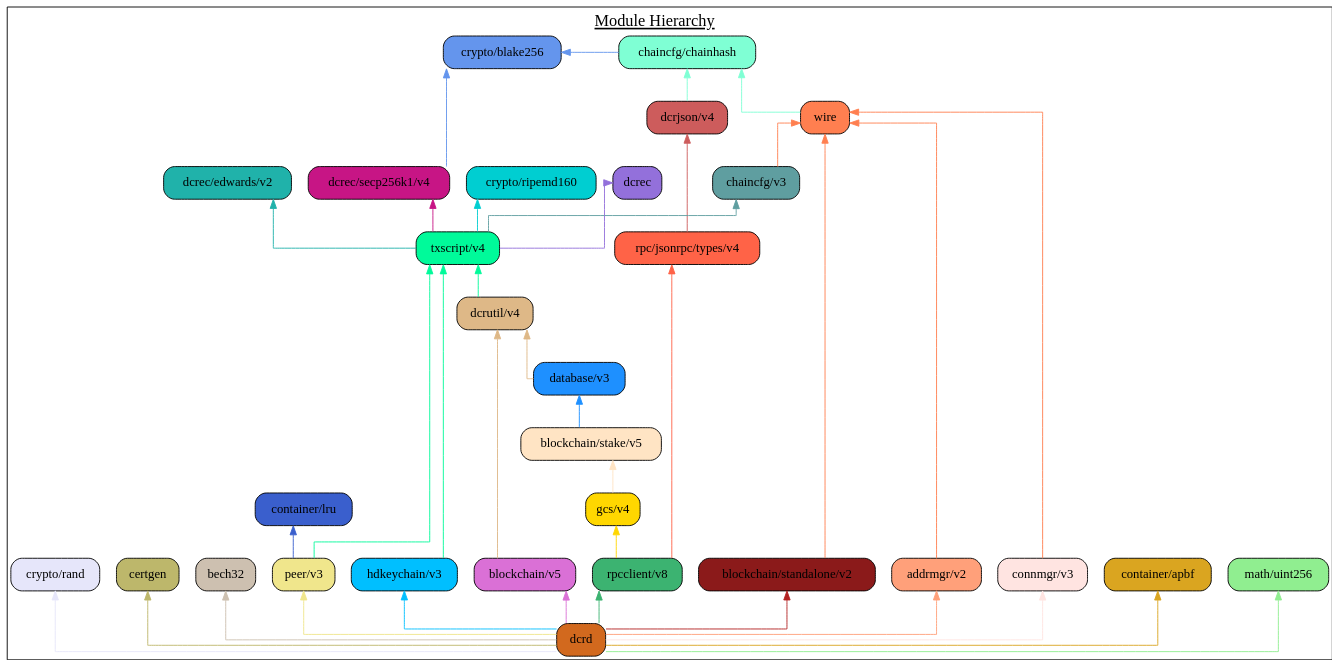
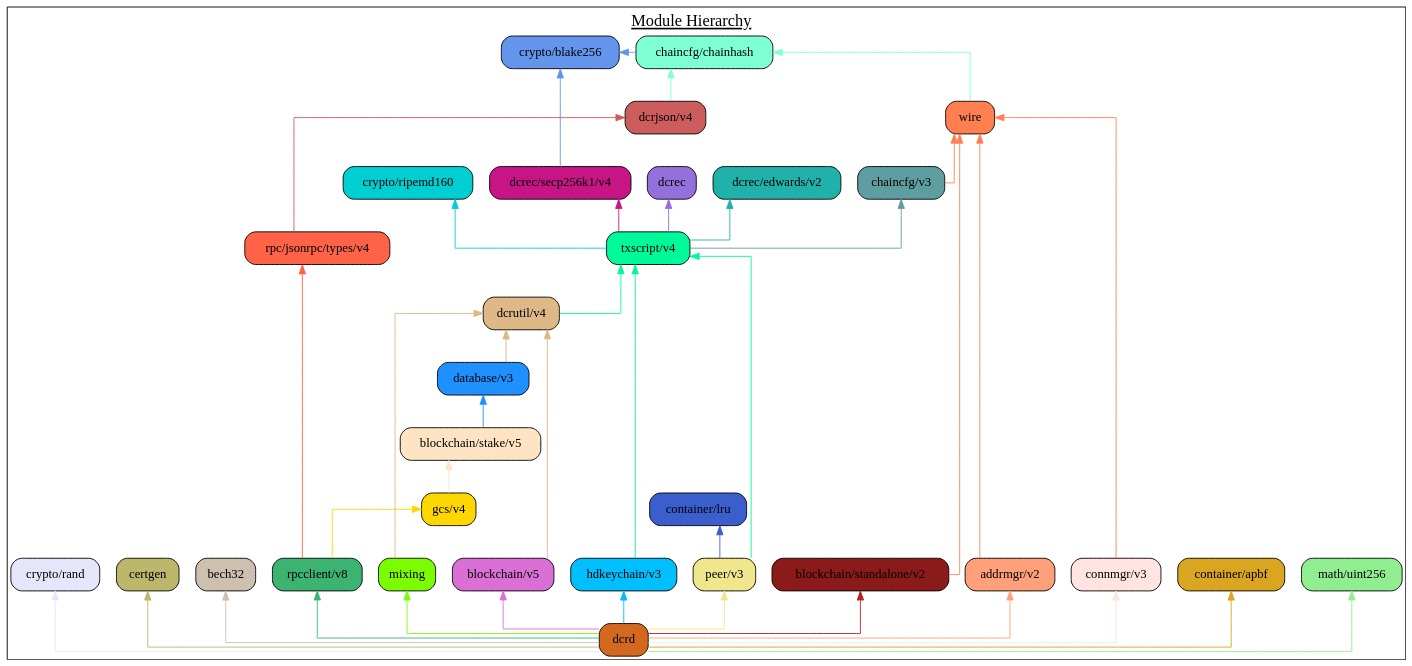
Before and after one commit to decred/dcrd: the diagram in docs/assets/module_hierarchy.gv, drawn with Graphviz. The commit also changed 2 other files, not shown here.

Commit message:
docs: Update for mixing module.
This updates the docs/README.md file, module hierarchy graphviz, and
module hierarchy diagram to reflect the new mixing module.

```diff
--- a/docs/assets/module_hierarchy.gv
+++ b/docs/assets/module_hierarchy.gv
@@ -1,80 +1,83 @@
 digraph {
 	graph [splines=ortho colorscheme=svg label=<<u>Module Hierarchy</u>> labelloc=t fontsize=18.0]
 	node [shape=box style="filled, rounded" margin=0.1]
 
 	blake256 [label="crypto/blake256" fillcolor=cornflowerblue]
 	ripemd160 [label="crypto/ripemd160" fillcolor=darkturquoise]
 	rand [label="crypto/rand" fillcolor=lavender]
 	certgen [label="certgen" fillcolor=darkkhaki]
 	bech32 [label="bech32" fillcolor=antiquewhite3]
 	chainhash [label="chaincfg/chainhash" fillcolor=aquamarine]
 	dcrjson [label="dcrjson/v4" fillcolor=indianred]
 	types [label="rpc/jsonrpc/types/v4" fillcolor=tomato]
 	wire [label="wire" fillcolor=coral]
 	chaincfg [label="chaincfg/v3" fillcolor=cadetblue]
 	dcrec [label="dcrec" fillcolor=mediumpurple]
 	edwards [label="dcrec/edwards/v2" fillcolor=lightseagreen]
 	secp256k1 [label="dcrec/secp256k1/v4" fillcolor=mediumvioletred]
 	dcrutil [label="dcrutil/v4" fillcolor=burlywood]
+	mixing [label="mixing" fillcolor=lawngreen]
 	database [label="database/v3" fillcolor=dodgerblue]
 	hdkeychain [label="hdkeychain/v3" fillcolor=deepskyblue]
 	txscript [label="txscript/v4" fillcolor=mediumspringgreen]
 	stake [label="blockchain/stake/v5" fillcolor=bisque]
 	gcs [label="gcs/v4" fillcolor=gold]
 	standalone [label="blockchain/standalone/v2" fillcolor=firebrick4]
 	lru [label="container/lru" fillcolor=royalblue3]
 	peer [label="peer/v3" fillcolor=khaki]
 	rpcclient [label="rpcclient/v8" fillcolor=mediumseagreen]
 	addrmgr [label="addrmgr/v2" fillcolor=lightsalmon]
 	connmgr [label="connmgr/v3" fillcolor=mistyrose]
 	blockchain [label="blockchain/v5" fillcolor=orchid]
 	apbf [label="container/apbf" fillcolor=goldenrod]
 	uint256  [label="math/uint256" fillcolor=lightgreen]
 	dcrd [label="dcrd" fillcolor=chocolate]
 
 	{rank=same blake256 chainhash}
 	{rank=same dcrec secp256k1}
-	{rank=same certgen bech32 apbf uint256}
+	{rank=same certgen bech32 apbf uint256 mixing}
 	{rank=same addrmgr connmgr hdkeychain peer blockchain standalone rpcclient}
 
 	certgen
 	bech32
 	blake256 -> chainhash [dir=back color=cornflowerblue]
 	blake256 -> secp256k1 [dir=back color=cornflowerblue]
 	chaincfg -> txscript [dir=back color=cadetblue]
 	chainhash -> dcrjson [dir=back color=aquamarine]
 	chainhash -> wire [dir=back color=aquamarine]
 	wire -> addrmgr [dir=back color=coral]
 	wire -> chaincfg [dir=back color=coral]
 	wire -> connmgr [dir=back color=coral]
 	wire -> standalone [dir=back color=coral]
 	ripemd160 -> txscript [dir=back color=darkturquoise]
 	dcrec -> txscript [dir=back color=mediumpurple]
 	edwards -> txscript [dir=back color=lightseagreen]
 	secp256k1 -> txscript [dir=back color=mediumvioletred]
 	txscript -> dcrutil [dir=back color=mediumspringgreen]
 	txscript -> hdkeychain [dir=back color=mediumspringgreen]
 	txscript -> peer [dir=back color=mediumspringgreen]
 	dcrutil -> blockchain [dir=back color=burlywood]
 	dcrutil -> database [dir=back color=burlywood]
+	dcrutil -> mixing [dir=back color=burlywood]
 	database -> stake [dir=back color=dodgerblue]
 	stake -> gcs [dir=back color=bisque]
 	gcs -> rpcclient [dir=back color=gold]
 
 	lru -> peer [dir=back color=royalblue3]
 	dcrjson -> types [dir=back color=indianred]
 	types -> rpcclient [dir=back color=tomato]
 
 	rand -> dcrd [dir=back color=lavender]
 	blockchain -> dcrd [dir=back color=orchid]
+	mixing -> dcrd [dir=back color=lawngreen]
 	standalone -> dcrd [dir=back color=firebrick]
 	certgen -> dcrd [dir=back color=darkkhaki]
 	bech32 -> dcrd [dir=back color=antiquewhite3]
 	addrmgr -> dcrd [dir=back color=lightsalmon]
 	hdkeychain -> dcrd [dir=back color=deepskyblue]
 	connmgr -> dcrd [dir=back color=mistyrose]
 	rpcclient -> dcrd [dir=back color=mediumseagreen]
 	peer -> dcrd [dir=back color=khaki]
 	apbf -> dcrd [dir=back color=goldenrod]
 	uint256 -> dcrd [dir=back color=lightgreen]
 }
```
